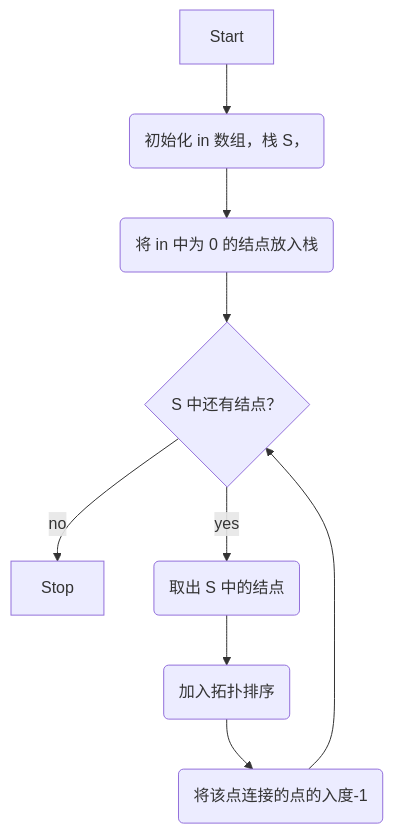
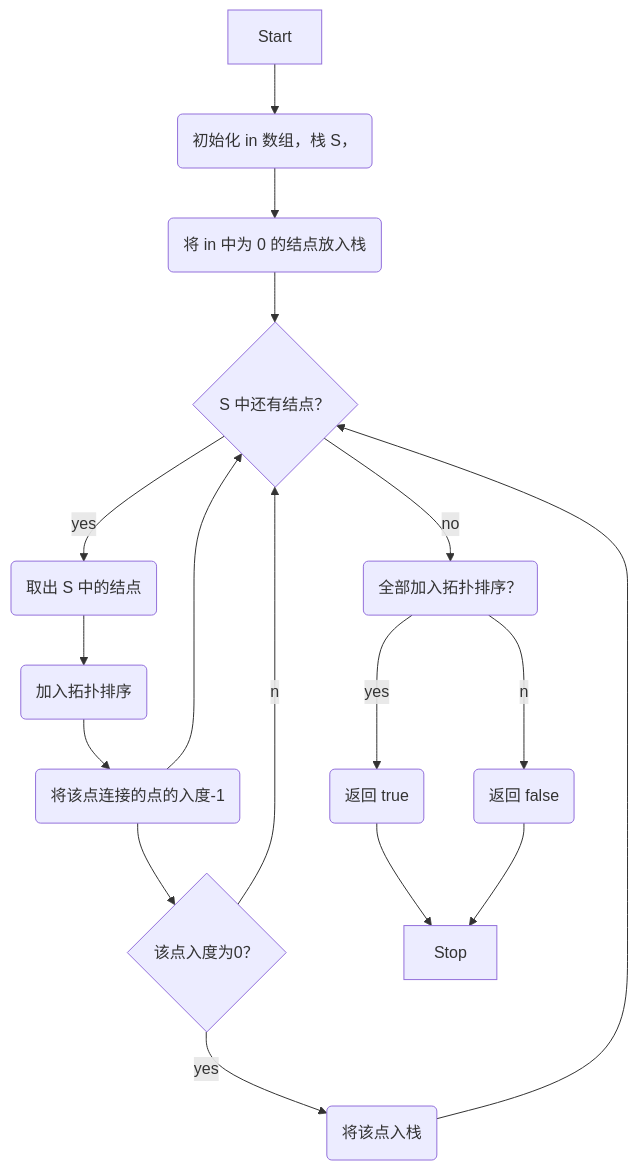
Before and after one commit to yuzheng14/ds-wangdao: the diagram in chapter6-graph/README.md, drawn with Mermaid.

Commit message:
拓扑排序流程图添加细节

````diff
--- a/chapter6-graph/README.md
+++ b/chapter6-graph/README.md
@@ -21,11 +21,18 @@
   ```mermaid
   flowchart TD
   	Start--> B("初始化 in 数组，栈 S，")
   	B-->C(将 in 中为 0 的结点放入栈)
   	C-->E{"S 中还有结点？"}
-  	E-- no -->Stop
+  	E-- no -->D("全部加入拓扑排序？")
   	E-- yes --> F(取出 S 中的结点)
   	F-->H(加入拓扑排序)
   	H-->G(将该点连接的点的入度-1)
+  	G-->K{"该点入度为0？"}
+  	K--yes-->L(将该点入栈)
+  	K--no-->E
+  	L-->E
   	G-->E
+  	D--yes-->I(返回 true)
+  	D--no-->J(返回 false)
+  	I & J-->Stop
   ```
````
